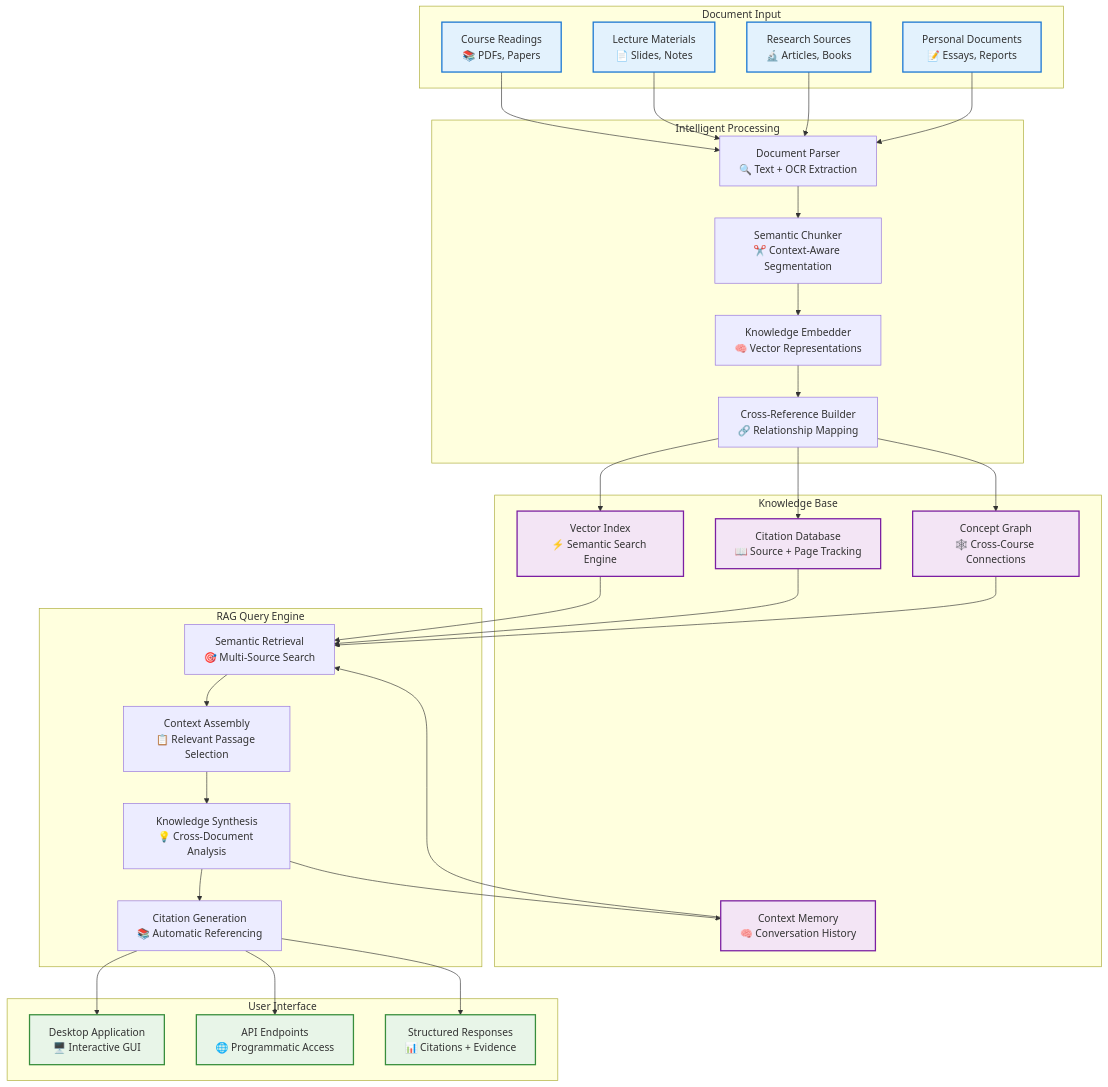
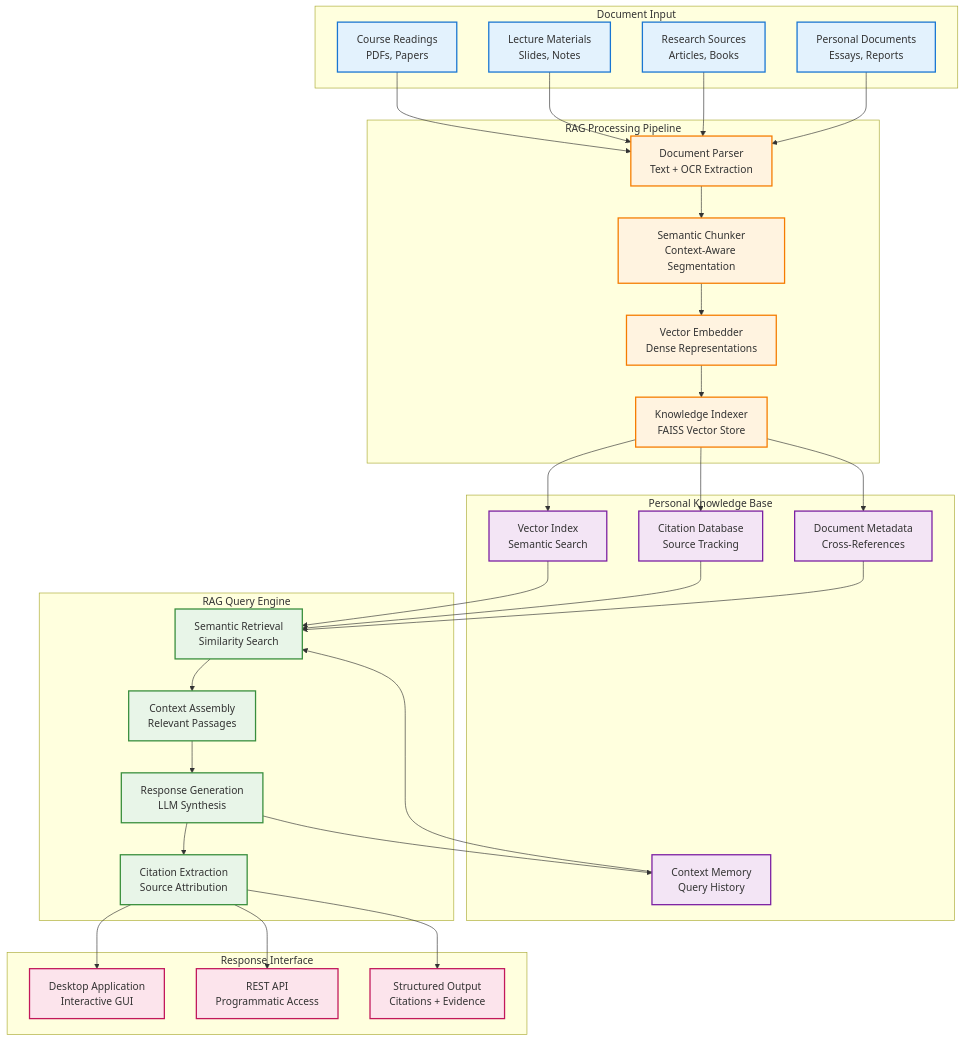
The diagram in README.md (Duncanyu/anagnosis), drawn with Mermaid before and after one commit. The commit also changed other lines of this file, not shown here.

````diff
--- a/README.md
+++ b/README.md
@@ -31,77 +33,75 @@
 ```mermaid
-graph TB
-    subgraph "Document Input"
-        A[Course Readings<br/>📚 PDFs, Papers]
-        B[Lecture Materials<br/>📄 Slides, Notes]  
-        C[Research Sources<br/>🔬 Articles, Books]
-        D[Personal Documents<br/>📝 Essays, Reports]
+flowchart TD
+    subgraph Input ["Document Input"]
+        A["Course Readings<br/>PDFs, Papers"]
+        B["Lecture Materials<br/>Slides, Notes"]  
+        C["Research Sources<br/>Articles, Books"]
+        D["Personal Documents<br/>Essays, Reports"]
     end
     
-    subgraph "Intelligent Processing"
-        E[Document Parser<br/>🔍 Text + OCR Extraction]
-        F[Semantic Chunker<br/>✂️ Context-Aware Segmentation]
-        G[Knowledge Embedder<br/>🧠 Vector Representations]
-        H[Cross-Reference Builder<br/>🔗 Relationship Mapping]
+    subgraph Process ["RAG Processing Pipeline"]
+        E["Document Parser<br/>Text + OCR Extraction"]
+        F["Semantic Chunker<br/>Context-Aware Segmentation"]
+        G["Vector Embedder<br/>Dense Representations"]
+        H["Knowledge Indexer<br/>FAISS Vector Store"]
     end
     
-    subgraph "Knowledge Base"
-        I[Vector Index<br/>⚡ Semantic Search Engine]
-        J[Citation Database<br/>📖 Source + Page Tracking]
-        K[Context Memory<br/>🧠 Conversation History]
-        L[Concept Graph<br/>🕸️ Cross-Course Connections]
+    subgraph Storage ["Personal Knowledge Base"]
+        I["Vector Index<br/>Semantic Search"]
+        J["Citation Database<br/>Source Tracking"]
+        K["Context Memory<br/>Query History"]
+        L["Document Metadata<br/>Cross-References"]
     end
     
-    subgraph "RAG Query Engine"
-        M[Semantic Retrieval<br/>🎯 Multi-Source Search]
-        N[Context Assembly<br/>📋 Relevant Passage Selection]
-        O[Knowledge Synthesis<br/>💡 Cross-Document Analysis]
-        P[Citation Generation<br/>📚 Automatic Referencing]
+    subgraph Query ["RAG Query Engine"]
+        M["Semantic Retrieval<br/>Similarity Search"]
+        N["Context Assembly<br/>Relevant Passages"]
+        O["Response Generation<br/>LLM Synthesis"]
+        P["Citation Extraction<br/>Source Attribution"]
     end
     
-    subgraph "User Interface"
-        Q[Desktop Application<br/>🖥️ Interactive GUI]
-        R[API Endpoints<br/>🌐 Programmatic Access]
-        S[Structured Responses<br/>📊 Citations + Evidence]
+    subgraph Output ["Response Interface"]
+        Q["Desktop Application<br/>Interactive GUI"]
+        R["REST API<br/>Programmatic Access"]
+        S["Structured Output<br/>Citations + Evidence"]
     end
     
     A --> E
     B --> E
     C --> E
     D --> E
     
     E --> F
     F --> G
     G --> H
     
     H --> I
     H --> J
+    H --> L
     O --> K
-    H --> L
     
     I --> M
     J --> M
     K --> M
     L --> M
     
     M --> N
     N --> O
     O --> P
     
     P --> Q
     P --> R
     P --> S
     
-    style A fill:#e3f2fd,stroke:#1976d2,stroke-width:2px
-    style B fill:#e3f2fd,stroke:#1976d2,stroke-width:2px
-    style C fill:#e3f2fd,stroke:#1976d2,stroke-width:2px
-    style D fill:#e3f2fd,stroke:#1976d2,stroke-width:2px
+    classDef inputStyle fill:#e3f2fd,stroke:#1976d2,stroke-width:2px
+    classDef processStyle fill:#fff3e0,stroke:#f57c00,stroke-width:2px
+    classDef storageStyle fill:#f3e5f5,stroke:#7b1fa2,stroke-width:2px
+    classDef queryStyle fill:#e8f5e8,stroke:#388e3c,stroke-width:2px
+    classDef outputStyle fill:#fce4ec,stroke:#c2185b,stroke-width:2px
     
-    style I fill:#f3e5f5,stroke:#7b1fa2,stroke-width:2px
-    style J fill:#f3e5f5,stroke:#7b1fa2,stroke-width:2px
-    style K fill:#f3e5f5,stroke:#7b1fa2,stroke-width:2px
-    style L fill:#f3e5f5,stroke:#7b1fa2,stroke-width:2px
-    
-    style Q fill:#e8f5e8,stroke:#388e3c,stroke-width:2px
-    style R fill:#e8f5e8,stroke:#388e3c,stroke-width:2px
-    style S fill:#e8f5e8,stroke:#388e3c,stroke-width:2px
+    class A,B,C,D inputStyle
+    class E,F,G,H processStyle
+    class I,J,K,L storageStyle
+    class M,N,O,P queryStyle
+    class Q,R,S outputStyle
 ```
````
